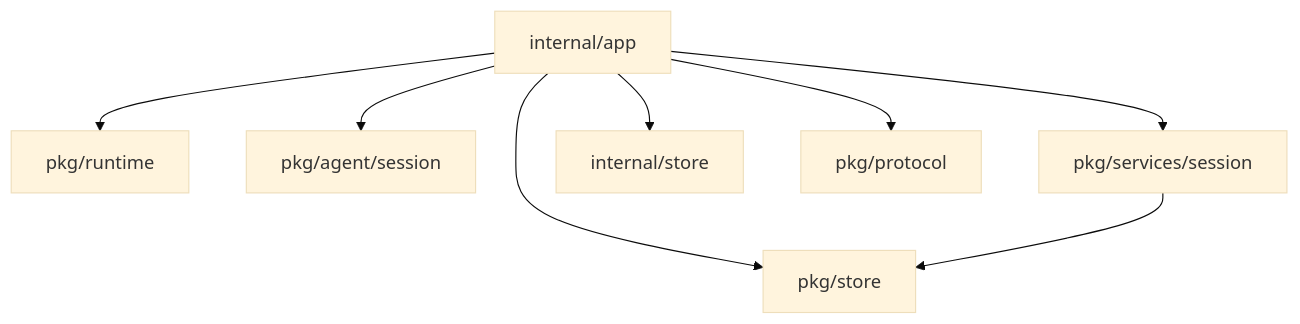
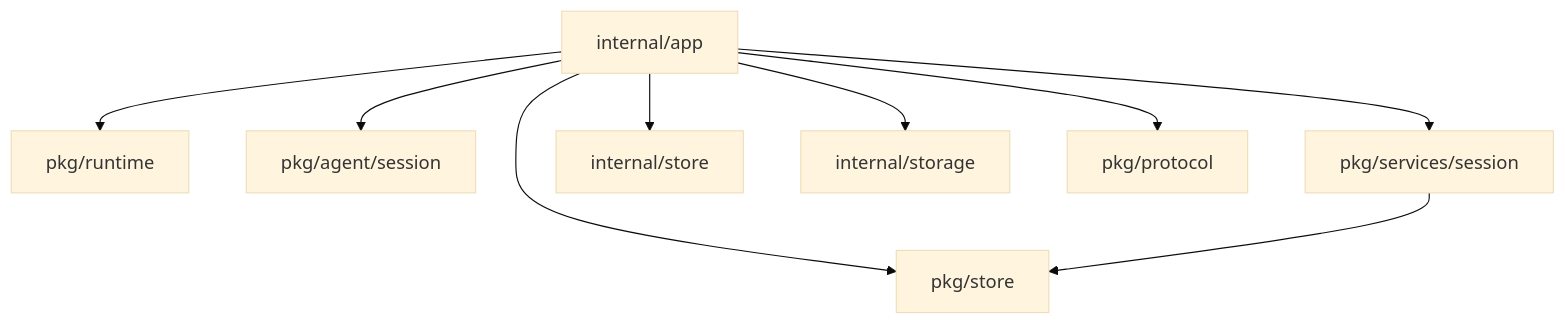
Before and after one commit to tinoosan/agen8: the first of 3 diagrams in docs/architecture/internal-app.md, drawn with Mermaid (base theme). The commit also changed other lines of this file and 11 other files, not shown here.

````diff
--- a/docs/architecture/internal-app.md
+++ b/docs/architecture/internal-app.md
@@ -17,11 +17,12 @@
 ```mermaid
 graph TD
     internal_app["internal/app"] --> pkg_runtime["pkg/runtime"]
     internal_app --> pkg_session["pkg/agent/session"]
     internal_app --> pkg_store["pkg/store"]
     internal_app --> pkg_services_session["pkg/services/session"]
     internal_app --> internal_store["internal/store"]
+    internal_app --> internal_storage["internal/storage"]
     internal_app --> pkg_protocol["pkg/protocol"]
 
     pkg_services_session --> pkg_store
 ```
````
